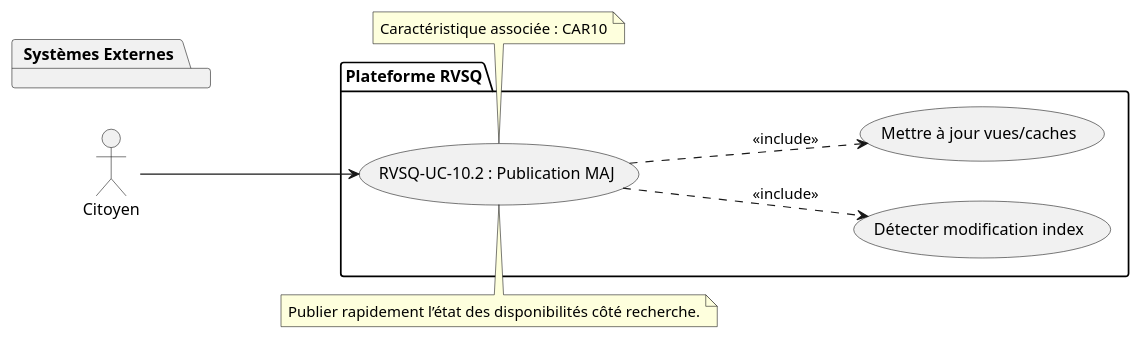
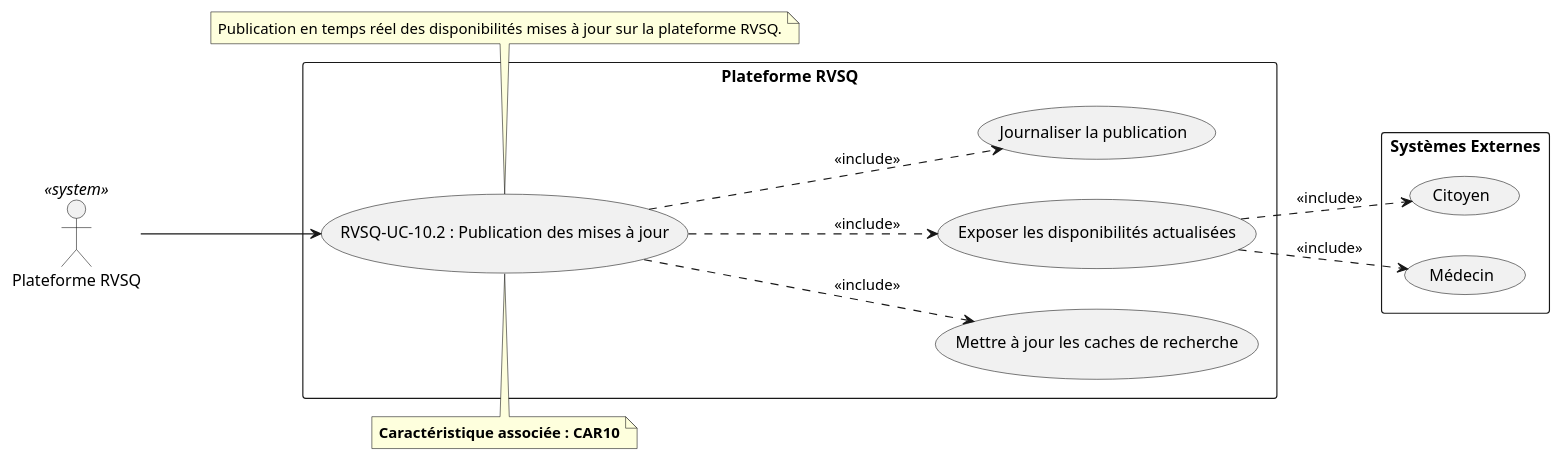
One commit to serghino/use-cases-RVSQ changed the diagram in RVSQ-UC-10_2_Publication_Disponibilites.puml. Above: the diagram before and after it, drawn with PlantUML. The commit also changed 25 other files, not shown here.

```diff
--- a/RVSQ-UC-10_2_Publication_Disponibilites.puml
+++ b/RVSQ-UC-10_2_Publication_Disponibilites.puml
@@ -1,27 +1,33 @@
 @startuml RVSQ-UC-10_2_Publication_Disponibilites
 left to right direction
-actor "Citoyen" as a1
 
-package "Plateforme RVSQ" {
-  usecase "RVSQ-UC-10.2 : Publication MAJ" as UC102
-  usecase "Détecter modification index" as UC102_1
-  usecase "Mettre à jour vues/caches" as UC102_2
+actor "Plateforme RVSQ" as RVSQActor <<system>>
+
+rectangle "Plateforme RVSQ" {
+  usecase "RVSQ-UC-10.2 : Publication des mises à jour" as UC102
+  usecase "Mettre à jour les caches de recherche" as UC102_A
+  usecase "Exposer les disponibilités actualisées" as UC102_B
+  usecase "Journaliser la publication" as UC102_C
 }
 
-package "Systèmes Externes" {
-  
+rectangle "Systèmes Externes" {
+  usecase "Citoyen" as Citoyen
+  usecase "Médecin" as Medecin
 }
 
-a1 --> UC102
+RVSQActor --> UC102
+UC102 ..> UC102_A : <<include>>
+UC102 ..> UC102_B : <<include>>
+UC102 ..> UC102_C : <<include>>
 
-UC102 ..> UC102_1 : <<include>>
-UC102 ..> UC102_2 : <<include>>
+UC102_B ..> Citoyen : <<include>>
+UC102_B ..> Medecin : <<include>>
 
 note top of UC102
-Publier rapidement l’état des disponibilités côté recherche.
+  **Caractéristique associée : CAR10**
 end note
 
 note bottom of UC102
-Caractéristique associée : CAR10
+  Publication en temps réel des disponibilités mises à jour sur la plateforme RVSQ.
 end note
 @enduml
```
